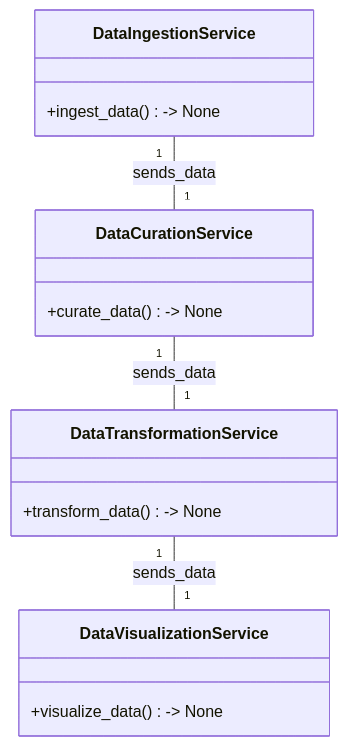
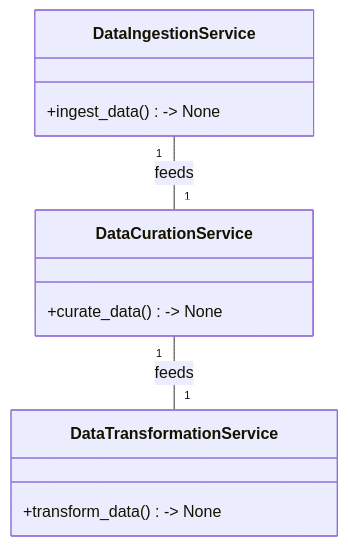
Before and after one commit to selin-k/bi_report_project: the first of 2 diagrams in docs/sdd.md, drawn with Mermaid. The commit also changed other lines of this file and 4 other files, not shown here.

````diff
--- a/docs/sdd.md
+++ b/docs/sdd.md
@@ -29,18 +29,14 @@
 ```mermaid
 classDiagram
-    class DataIngestionService {
+    class DataIngestionService{
         +ingest_data() -> None
     }
-    class DataCurationService {
+    class DataCurationService{
         +curate_data() -> None
     }
-    class DataTransformationService {
+    class DataTransformationService{
         +transform_data() -> None
     }
-    class DataVisualizationService {
-        +visualize_data() -> None
-    }
-    DataIngestionService "1" -- "1" DataCurationService: sends_data
-    DataCurationService "1" -- "1" DataTransformationService: sends_data
-    DataTransformationService "1" -- "1" DataVisualizationService: sends_data
+    DataIngestionService "1" -- "1" DataCurationService: feeds
+    DataCurationService "1" -- "1" DataTransformationService: feeds
 ```
````
